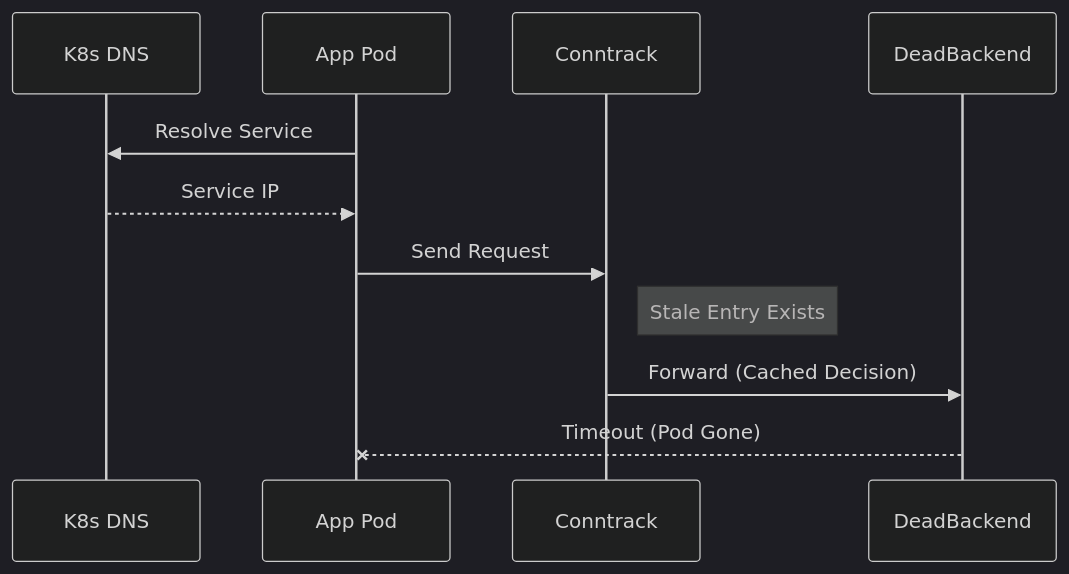
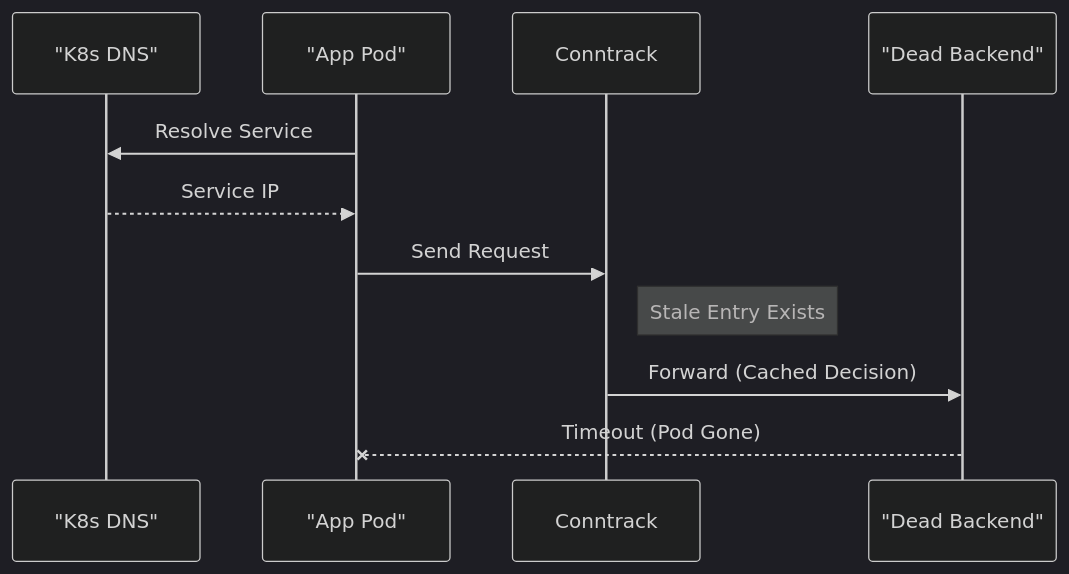
One commit to Dev10-sys/cilium-pillar-pages-proposal changed diagram 18 of 30 in proposals/LFX_Mentorship_Proposal.md. Above: the diagram before and after it, drawn with Mermaid. The commit also changed other lines of this file, not shown here.

Commit message:
fix: resolve Mermaid syntax and rendering errors on GitHub by quoting labels

````diff
--- a/proposals/LFX_Mentorship_Proposal.md
+++ b/proposals/LFX_Mentorship_Proposal.md
@@ -2159,15 +2159,15 @@
 ```mermaid
 %%{init: {'theme': 'dark'}}%%
 sequenceDiagram
-    participant DNS as K8s DNS
-    participant App as App Pod
+    participant DNS as "K8s DNS"
+    participant App as "App Pod"
     participant Conntrack
-    participant DeadBackend
+    participant DeadBackend as "Dead Backend"
 
     App->>DNS: Resolve Service
     DNS-->>App: Service IP
     App->>Conntrack: Send Request
     Note right of Conntrack: Stale Entry Exists
     Conntrack->>DeadBackend: Forward (Cached Decision)
     DeadBackend--xApp: Timeout (Pod Gone)
 ```
````
